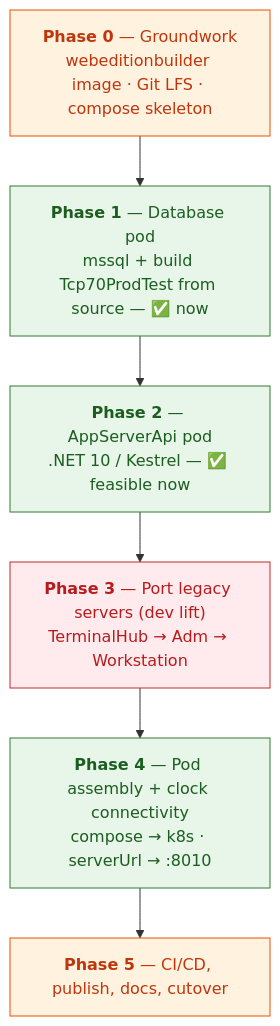
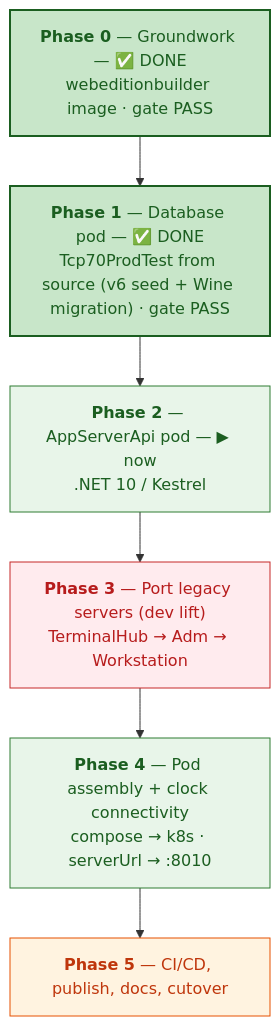
Before and after one commit to tcp-software/win11vbox: the third of 5 diagrams in docs/linux-pod-plan.md, drawn with Mermaid.

Commit message:
linux-pod-plan: roadmap -- Phases 0-1 DONE, Phase 2 now

````diff
--- a/docs/linux-pod-plan.md
+++ b/docs/linux-pod-plan.md
@@ -142,15 +142,17 @@
 ```mermaid
 flowchart TD
     classDef now  fill:#e8f5e9,stroke:#2e7d32,color:#1b5e20;
     classDef lift fill:#ffebee,stroke:#c62828,color:#b71c1c;
     classDef base fill:#fff3e0,stroke:#e65100,color:#bf360c;
 
-    P0["<b>Phase 0</b> — Groundwork<br/>webeditionbuilder image · Git LFS · compose skeleton"]:::base
-    P1["<b>Phase 1</b> — Database pod<br/>mssql + build Tcp70ProdTest from source — ✅ now"]:::now
-    P2["<b>Phase 2</b> — AppServerApi pod<br/>.NET 10 / Kestrel — ✅ feasible now"]:::now
+    classDef done fill:#c8e6c9,stroke:#1b5e20,color:#1b5e20,stroke-width:2px;
+
+    P0["<b>Phase 0</b> — Groundwork — ✅ DONE<br/>webeditionbuilder image · gate PASS"]:::done
+    P1["<b>Phase 1</b> — Database pod — ✅ DONE<br/>Tcp70ProdTest from source (v6 seed + Wine migration) · gate PASS"]:::done
+    P2["<b>Phase 2</b> — AppServerApi pod — ▶ now<br/>.NET 10 / Kestrel"]:::now
     P3["<b>Phase 3</b> — Port legacy servers (dev lift)<br/>TerminalHub → Adm → Workstation"]:::lift
     P4["<b>Phase 4</b> — Pod assembly + clock connectivity<br/>compose → k8s · serverUrl → :8010"]:::now
     P5["<b>Phase 5</b> — CI/CD, publish, docs, cutover"]:::base
 
     P0 --> P1 --> P2 --> P3 --> P4 --> P5
 ```
````
